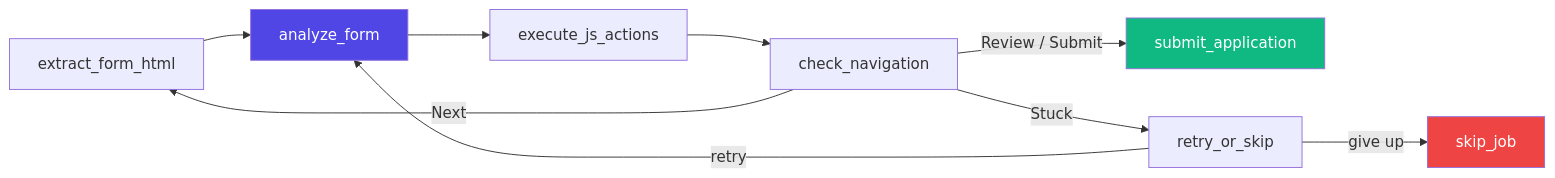
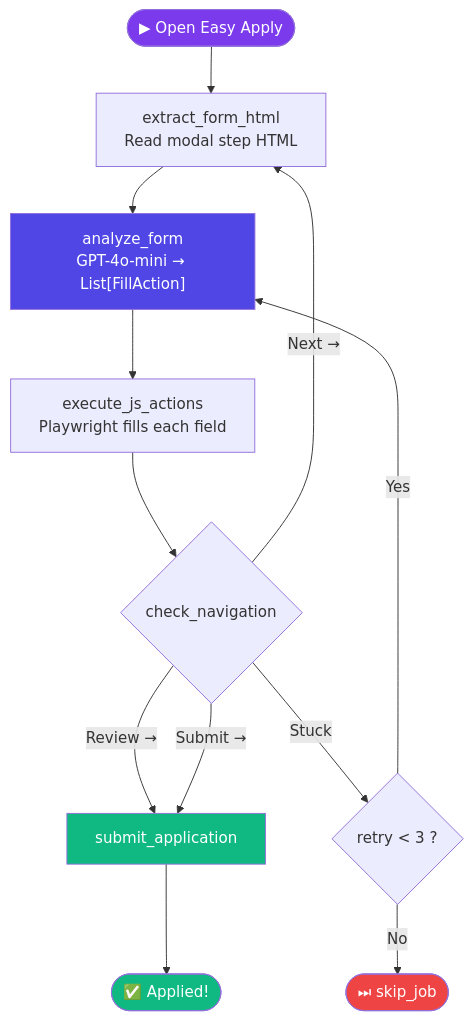
The second of 3 diagrams in README.md (akashcodejames/Agentic_Job_Apply), drawn with Mermaid before and after one commit.

Commit message:
docs: LangGraph diagram - top-down flowchart with start/end nodes

````diff
--- a/README.md
+++ b/README.md
@@ -58,17 +58,20 @@
 ```mermaid
-flowchart LR
-    extract_form_html --> analyze_form
-    analyze_form --> execute_js_actions
-    execute_js_actions --> check_navigation
+flowchart TD
+    A(["▶ Open Easy Apply"]) --> B["extract_form_html<br/>Read modal step HTML"]
+    B --> C["analyze_form<br/>GPT-4o-mini → List[FillAction]"]
+    C --> D["execute_js_actions<br/>Playwright fills each field"]
+    D --> E{"check_navigation"}
+    E -- "Next →" --> B
+    E -- "Review →" --> F["submit_application"]
+    E -- "Submit →" --> F
+    E -- "Stuck" --> G{"retry < 3 ?"}
+    G -- "Yes" --> C
+    G -- "No" --> H(["⏭ skip_job"])
+    F --> I(["✅ Applied!"])
 
-    check_navigation -- "Next" --> extract_form_html
-    check_navigation -- "Review / Submit" --> submit_application
-    check_navigation -- "Stuck" --> retry_or_skip
-
-    retry_or_skip -- "retry" --> analyze_form
-    retry_or_skip -- "give up" --> skip_job
-
-    style submit_application fill:#10b981,color:#fff
-    style skip_job fill:#ef4444,color:#fff
-    style analyze_form fill:#4f46e5,color:#fff
+    style A fill:#7c3aed,color:#fff
+    style F fill:#10b981,color:#fff
+    style I fill:#10b981,color:#fff
+    style H fill:#ef4444,color:#fff
+    style C fill:#4f46e5,color:#fff
 ```
````
